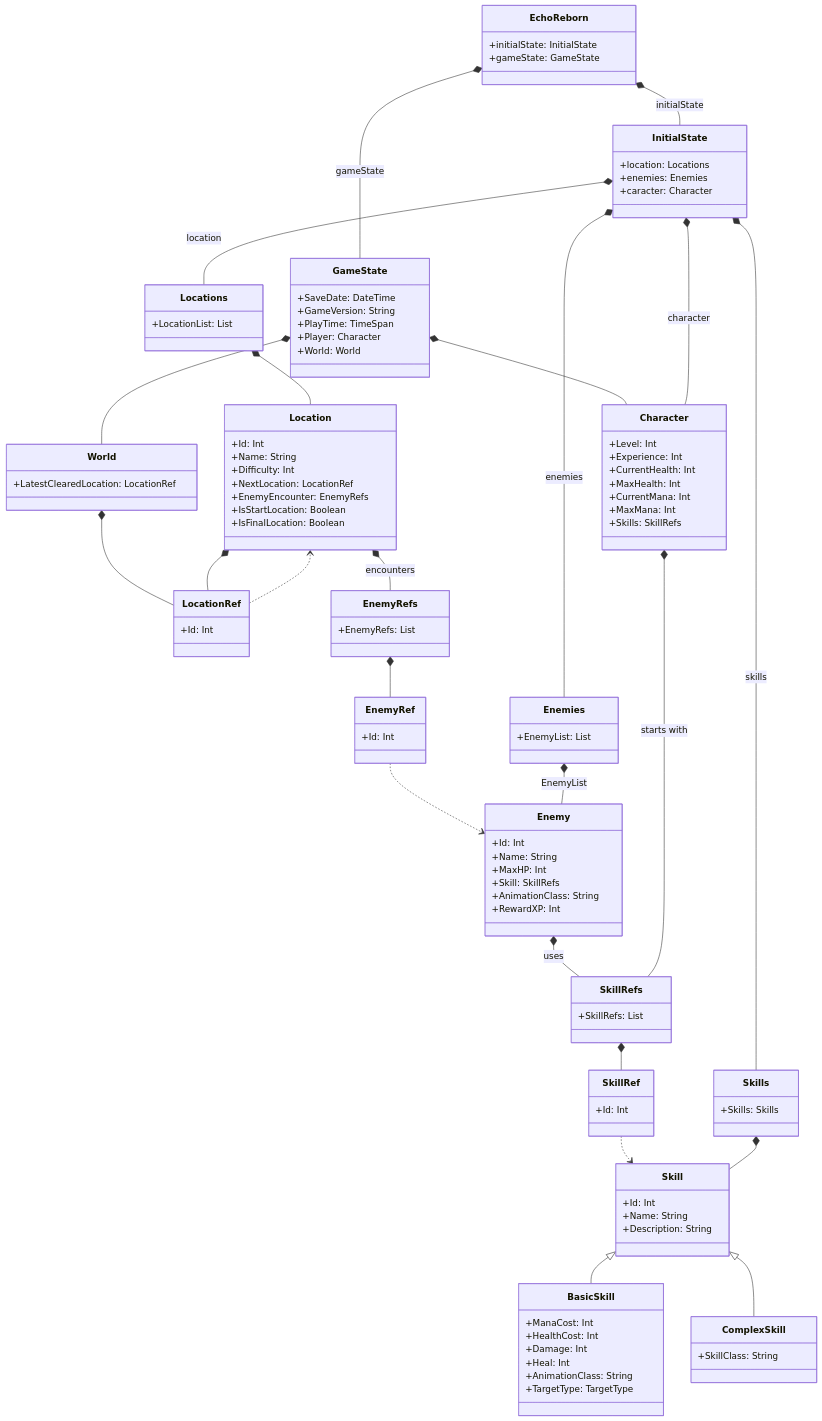
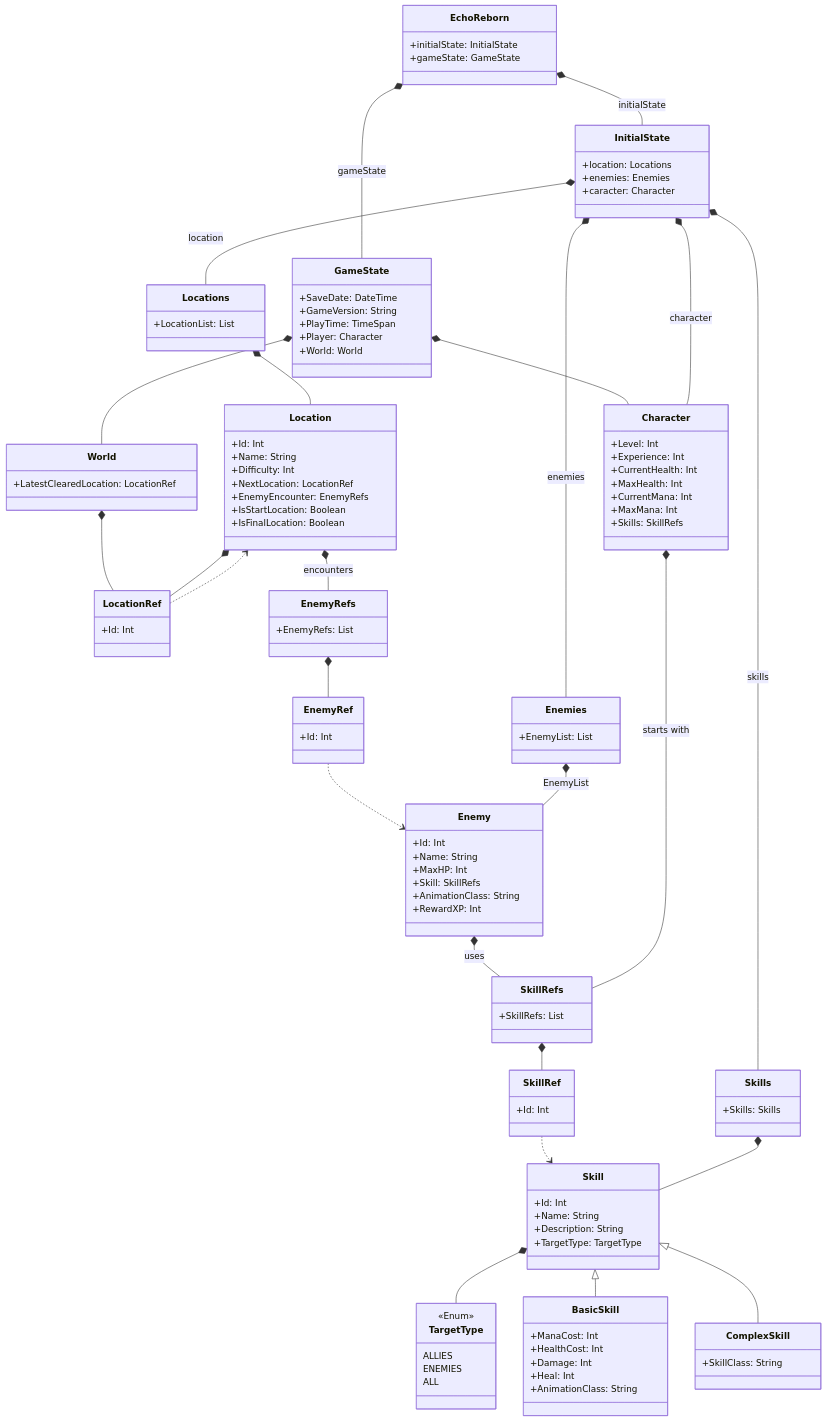
One commit to d0rich/EchoReborn changed the diagram in docs/XML structures.md. Above: the diagram before and after it, drawn with Mermaid.

Commit message:
Define TargetType class for skill targeting
Added TargetType class to define target categories for skills.

````diff
--- a/docs/XML structures.md
+++ b/docs/XML structures.md
@@ -17,6 +17,7 @@
         +Id: Int
         +Name: String
         +Description: String
+        +TargetType: TargetType
     }
 
     class SkillRef {
@@ -37,7 +38,6 @@
         +Damage: Int
         +Heal: Int
         +AnimationClass: String
-        +TargetType: TargetType
     }
 
     class ComplexSkill {
@@ -103,6 +103,15 @@
         +LatestClearedLocation: LocationRef
     }
 
+    class TargetType {
+        <<Enum>>
+        ALLIES
+        ENEMIES
+        ALL
+    }
+
+    Skill *-- TargetType
+
     EchoReborn *-- InitialState : initialState
     EchoReborn *-- GameState : gameState
     GameState *-- Character
@@ -132,4 +141,5 @@
     Character *-- SkillRefs : starts with
     Location *-- EnemyRefs : encounters
 
+  
 ```
````
